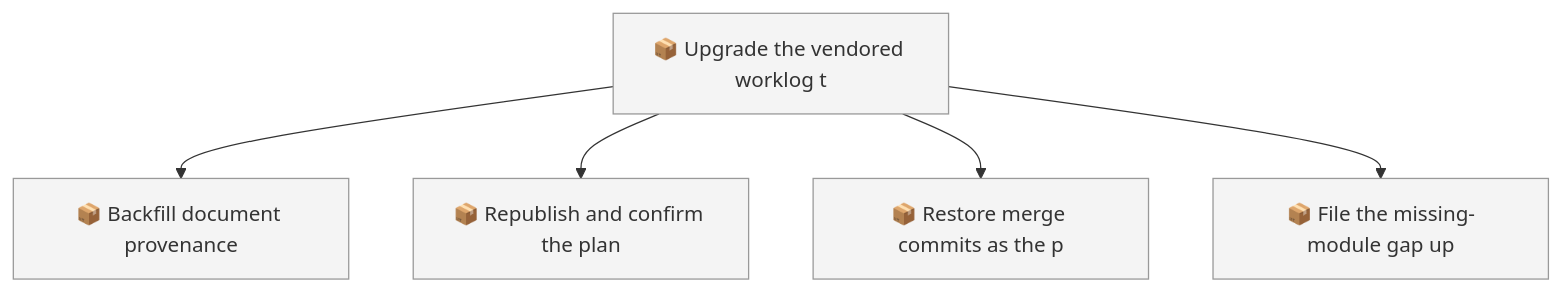
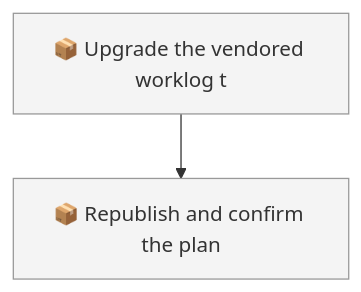
Before and after one commit to SpillwaveSolutions/okf-plugin: the first of 2 diagrams in docs/roadmap.md, drawn with Mermaid. The commit also changed other lines of this file and 23 other files, not shown here.

First line of the commit message:
chore: record the merge-commit rule and backfill document provenance (01KZD823EG6R5E1FXFX416RQ0G)

````diff
--- a/docs/roadmap.md
+++ b/docs/roadmap.md
@@ -47,14 +40,8 @@
 ```mermaid
 graph TD
     01KZD823EG6R5E1FXFX416RQ0G["📦 Upgrade the vendored worklog t"]
-    01KZD823EHAFN2YF6WCG2T7XN8["📦 Backfill document provenance"]
     01KZD823EHGFVX6NSM2ZT057SY["📦 Republish and confirm the plan"]
-    01KZD823EHMRAZH978P0EYQFB1["📦 Restore merge commits as the p"]
-    01KZD823EHXEV8Z72ZCNZA8VZH["📦 File the missing-module gap up"]
-    01KZD823EG6R5E1FXFX416RQ0G --> 01KZD823EHAFN2YF6WCG2T7XN8
     01KZD823EG6R5E1FXFX416RQ0G --> 01KZD823EHGFVX6NSM2ZT057SY
-    01KZD823EG6R5E1FXFX416RQ0G --> 01KZD823EHMRAZH978P0EYQFB1
-    01KZD823EG6R5E1FXFX416RQ0G --> 01KZD823EHXEV8Z72ZCNZA8VZH
     classDef todo fill:#f4f4f4,stroke:#999999
-    class 01KZD823EG6R5E1FXFX416RQ0G,01KZD823EHAFN2YF6WCG2T7XN8,01KZD823EHGFVX6NSM2ZT057SY,01KZD823EHMRAZH978P0EYQFB1,01KZD823EHXEV8Z72ZCNZA8VZH todo
+    class 01KZD823EG6R5E1FXFX416RQ0G,01KZD823EHGFVX6NSM2ZT057SY todo
 ```
````
